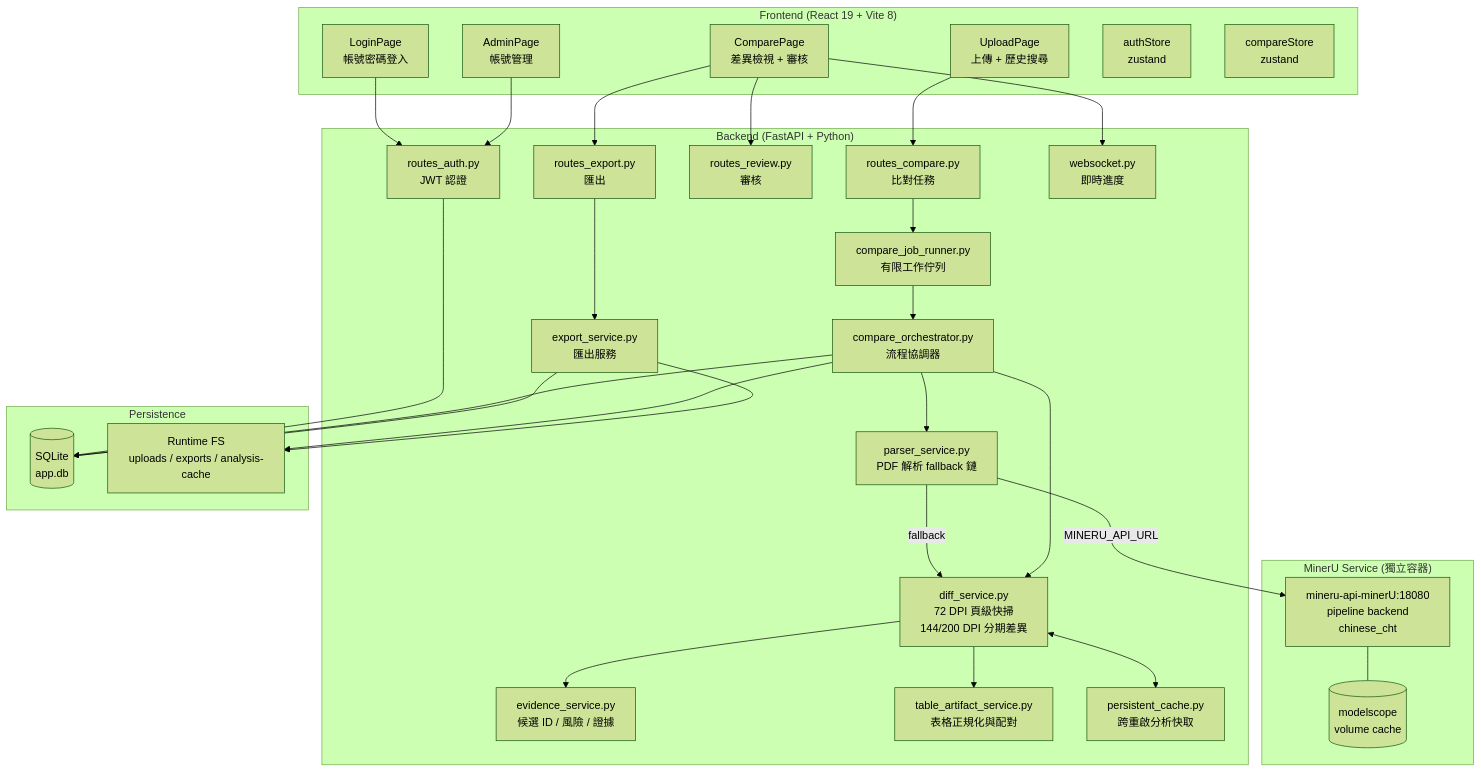
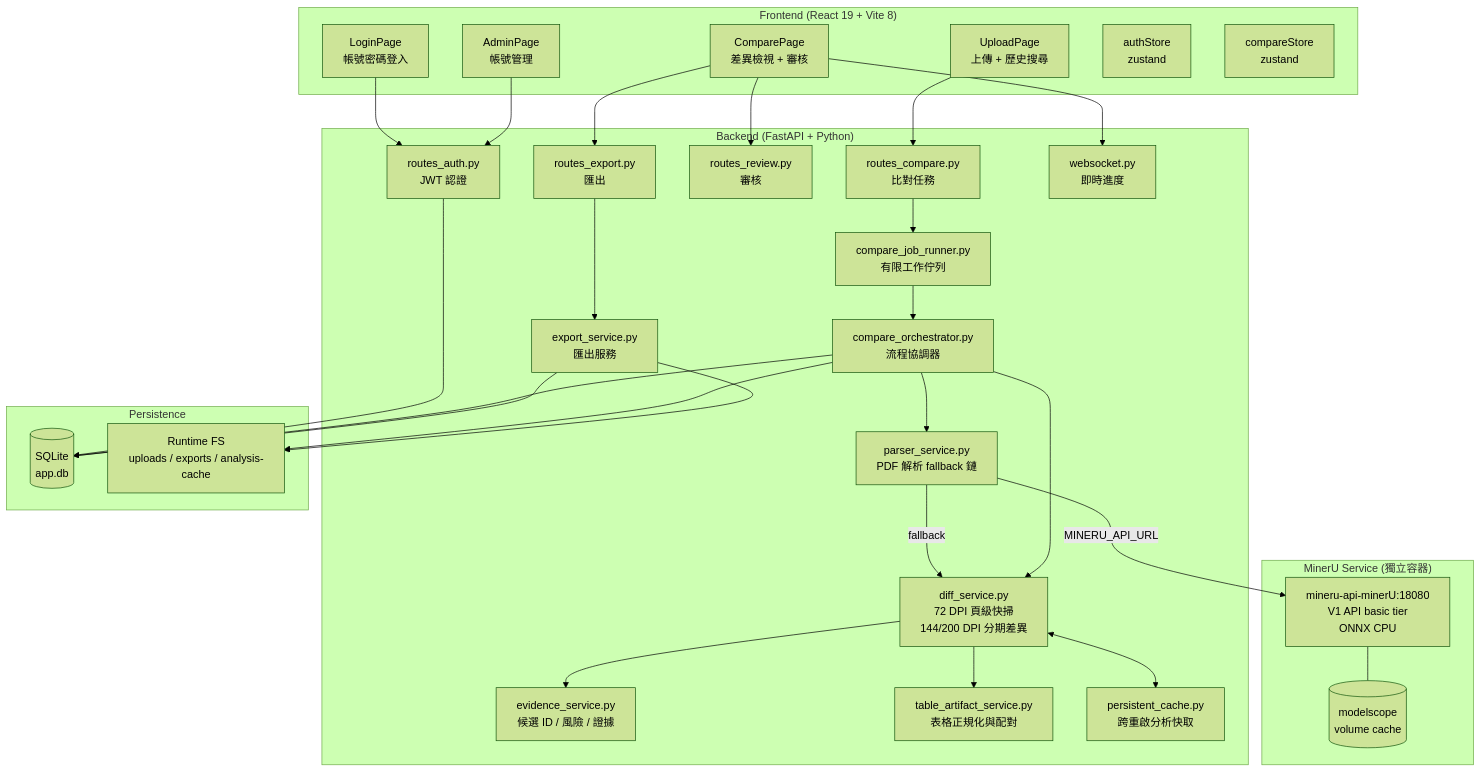
One commit to a9181873/PDF_check_minerU changed the first of 4 diagrams in docs/technical-architecture.md. Above: the diagram before and after it, drawn with Mermaid (forest theme). The commit also changed other lines of this file and 20 other files, not shown here.

````diff
--- a/docs/technical-architecture.md
+++ b/docs/technical-architecture.md
@@ -11,60 +11,60 @@
 ```mermaid
 graph TB
     subgraph "Frontend (React 19 + Vite 8)"
         LP[LoginPage<br/>帳號密碼登入]
         UP[UploadPage<br/>上傳 + 歷史搜尋]
         CP[ComparePage<br/>差異檢視 + 審核]
         AP[AdminPage<br/>帳號管理]
         AS[authStore<br/>zustand]
         CS[compareStore<br/>zustand]
     end
 
     subgraph "Backend (FastAPI + Python)"
         AUTH[routes_auth.py<br/>JWT 認證]
         COMP[routes_compare.py<br/>比對任務]
         REV[routes_review.py<br/>審核]
         EXP[routes_export.py<br/>匯出]
         WS[websocket.py<br/>即時進度]
         JOB[compare_job_runner.py<br/>有限工作佇列]
         ORCH[compare_orchestrator.py<br/>流程協調器]
         DIFF[diff_service.py<br/>72 DPI 頁級快掃<br/>144/200 DPI 分期差異]
         EVID[evidence_service.py<br/>候選 ID / 風險 / 證據]
         TART[table_artifact_service.py<br/>表格正規化與配對]
         PCACHE[persistent_cache.py<br/>跨重啟分析快取]
         PARSE[parser_service.py<br/>PDF 解析 fallback 鏈]
         EXPSERV[export_service.py<br/>匯出服務]
     end
 
     subgraph "MinerU Service (獨立容器)"
-        MINERU[mineru-api-minerU:18080<br/>pipeline backend<br/>chinese_cht]
+        MINERU[mineru-api-minerU:18080<br/>V1 API basic tier<br/>ONNX CPU]
         MCACHE[(modelscope<br/>volume cache)]
     end
 
     subgraph "Persistence"
         DB[(SQLite<br/>app.db)]
         FS[Runtime FS<br/>uploads / exports / analysis-cache]
     end
 
     LP --> AUTH
     UP --> COMP
     CP --> REV
     CP --> EXP
     CP --> WS
     AP --> AUTH
     AUTH --> DB
     COMP --> JOB
     JOB --> ORCH
     ORCH --> PARSE
     PARSE -->|MINERU_API_URL| MINERU
     MINERU --- MCACHE
     PARSE -->|fallback| DIFF
     ORCH --> DIFF
     DIFF --> EVID
     DIFF --> TART
     DIFF <--> PCACHE
     ORCH --> DB
     ORCH --> FS
     EXP --> EXPSERV
     EXPSERV --> DB
     EXPSERV --> FS
 ```
````
